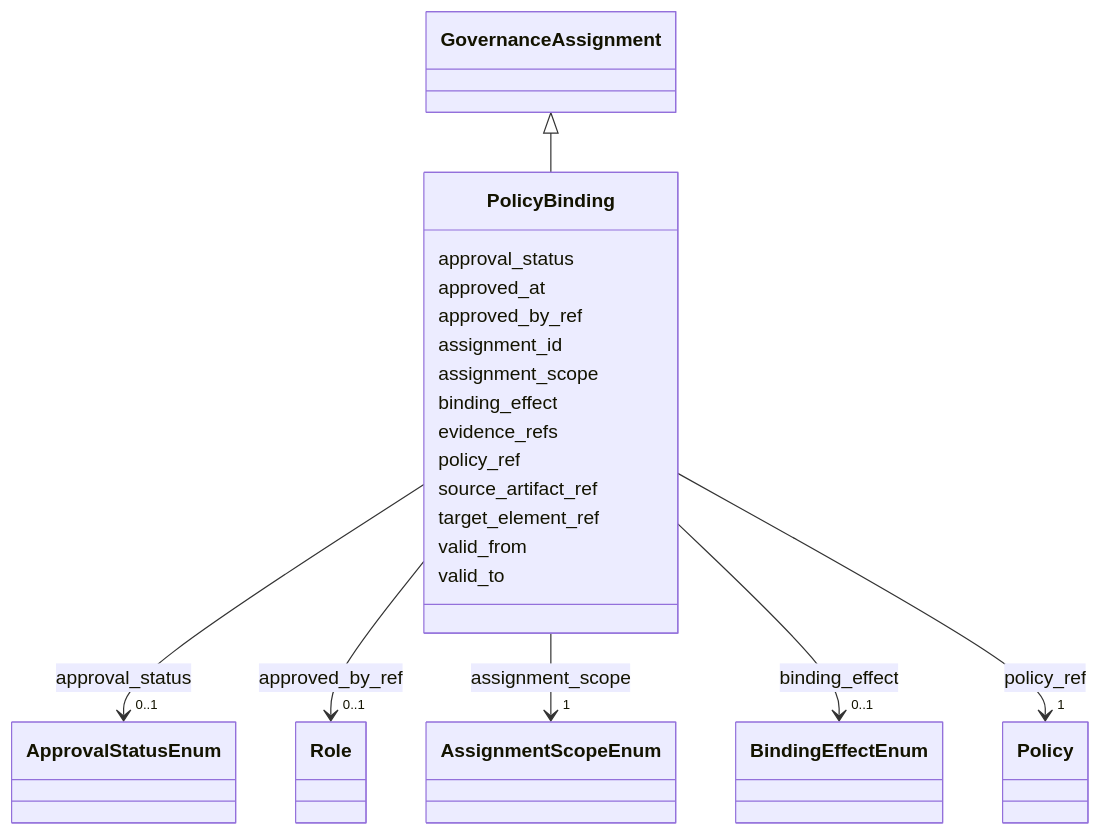
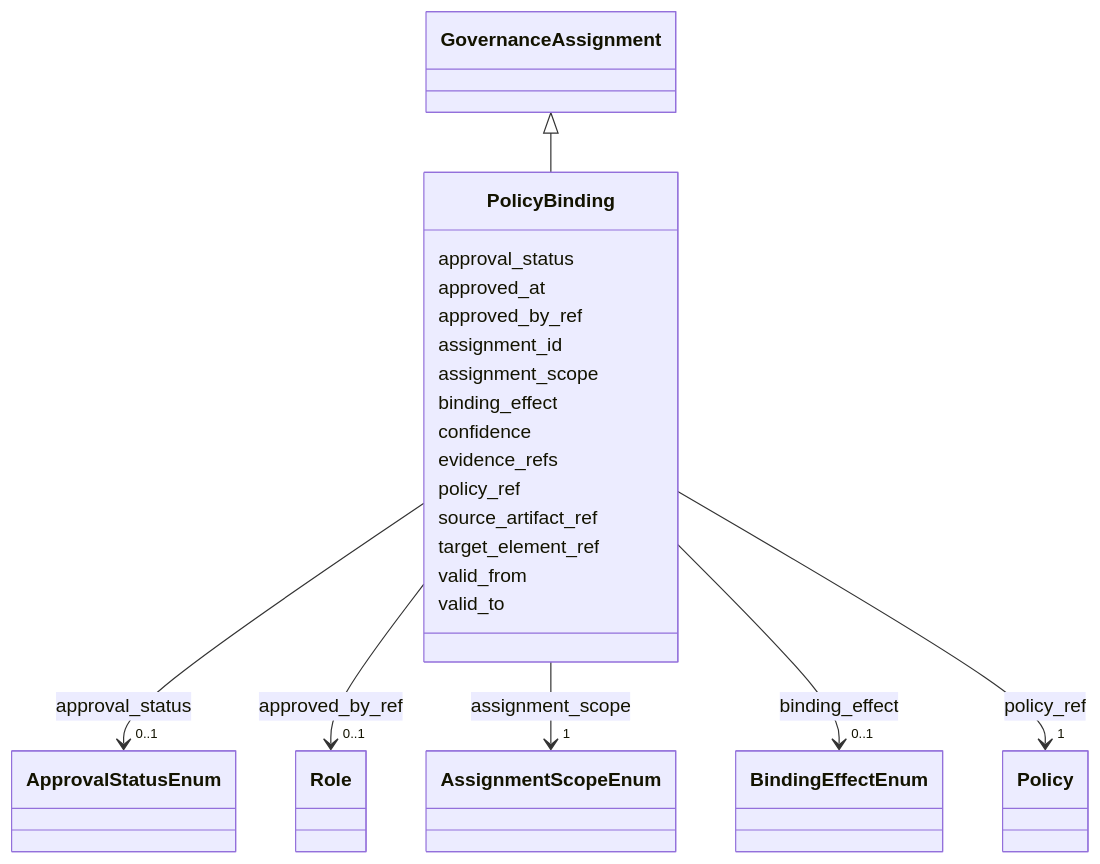
Before and after one commit to oista/moex-data-model: the diagram in generated/artifacts/moex-dams/0.1/diagrams/PolicyBinding.md, drawn with Mermaid. The commit also changed 49 other files, not shown here.

First line of the commit message:
feat(schema): HasAssertionMetadata mixin and INV-057 (ADR-053, 5.1.0)

````diff
--- a/generated/artifacts/moex-dams/0.1/diagrams/PolicyBinding.md
+++ b/generated/artifacts/moex-dams/0.1/diagrams/PolicyBinding.md
@@ -4,78 +4,80 @@
 ```mermaid
  classDiagram
     class PolicyBinding
     click PolicyBinding href "../PolicyBinding"
       GovernanceAssignment <|-- PolicyBinding
         click GovernanceAssignment href "../GovernanceAssignment"
       
       PolicyBinding : approval_status
         
           
     
         
         
         PolicyBinding --> "0..1" ApprovalStatusEnum : approval_status
         click ApprovalStatusEnum href "../ApprovalStatusEnum"
     
 
         
       PolicyBinding : approved_at
         
       PolicyBinding : approved_by_ref
         
           
     
         
         
         PolicyBinding --> "0..1" Role : approved_by_ref
         click Role href "../Role"
     
 
         
       PolicyBinding : assignment_id
         
       PolicyBinding : assignment_scope
         
           
     
         
         
         PolicyBinding --> "1" AssignmentScopeEnum : assignment_scope
         click AssignmentScopeEnum href "../AssignmentScopeEnum"
     
 
         
       PolicyBinding : binding_effect
         
           
     
         
         
         PolicyBinding --> "0..1" BindingEffectEnum : binding_effect
         click BindingEffectEnum href "../BindingEffectEnum"
     
 
         
+      PolicyBinding : confidence
+        
       PolicyBinding : evidence_refs
         
       PolicyBinding : policy_ref
         
           
     
         
         
         PolicyBinding --> "1" Policy : policy_ref
         click Policy href "../Policy"
     
 
         
       PolicyBinding : source_artifact_ref
         
       PolicyBinding : target_element_ref
         
       PolicyBinding : valid_from
         
       PolicyBinding : valid_to
         
       
 ```
````
